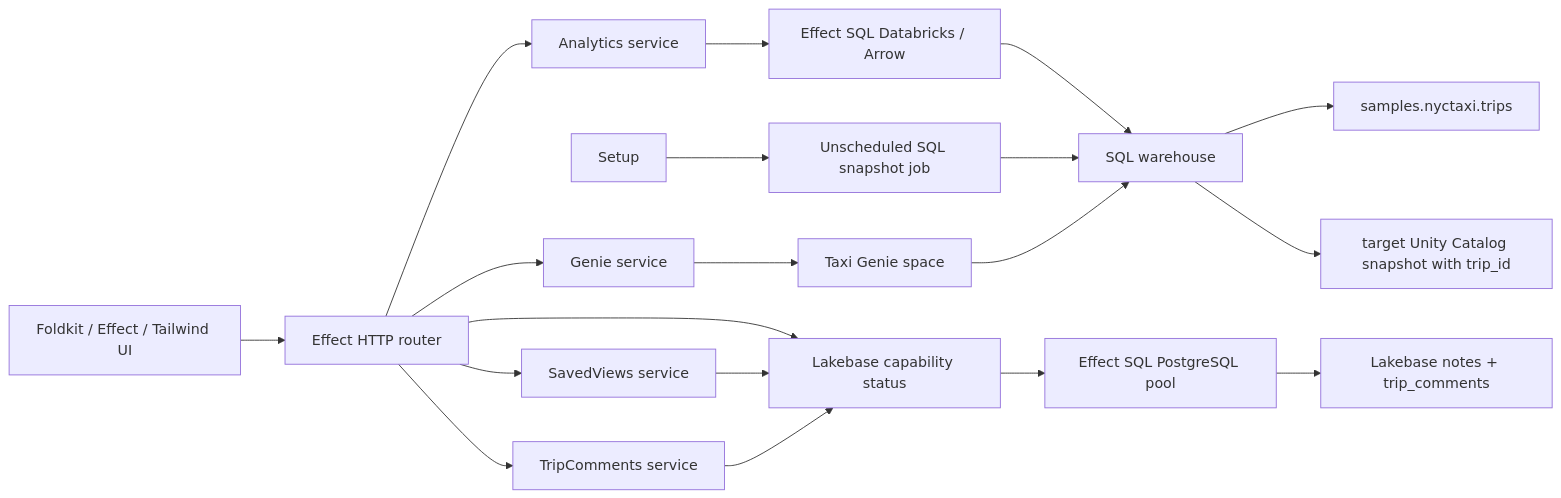
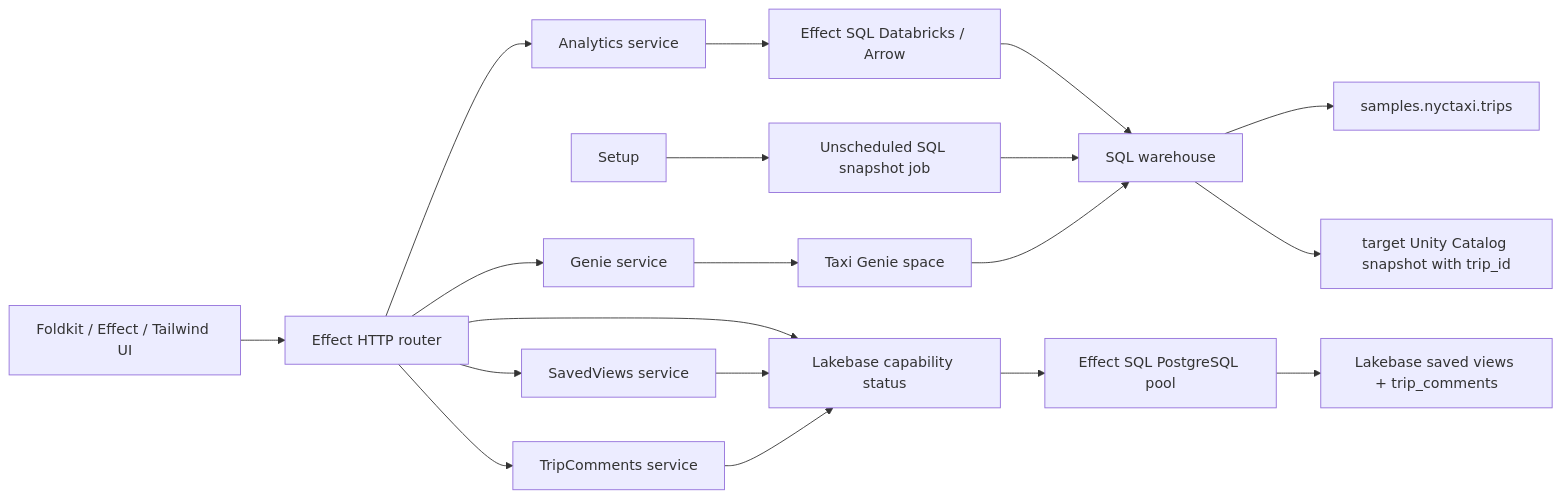
One commit to dsiem/effect-databricks-app changed the diagram in docs/data-access.md. Above: the diagram before and after it, drawn with Mermaid. The commit also changed other lines of this file and 46 other files, not shown here.

````diff
--- a/docs/data-access.md
+++ b/docs/data-access.md
@@ -3,21 +3,21 @@
 ```mermaid
 flowchart LR
   UI[Foldkit / Effect / Tailwind UI] --> API[Effect HTTP router]
   API --> Analytics[Analytics service]
   Analytics --> Arrow[Effect SQL Databricks / Arrow]
   Arrow --> Warehouse[SQL warehouse]
   Warehouse --> Source[samples.nyctaxi.trips]
   Setup --> Seed[Unscheduled SQL snapshot job]
   Seed --> Warehouse
   Warehouse --> Snapshot[target Unity Catalog snapshot with trip_id]
   API --> Genie[Genie service]
   Genie --> Space[Taxi Genie space]
   Space --> Warehouse
   API --> SavedViews[SavedViews service]
   API --> Comments[TripComments service]
   API --> Database[Lakebase capability status]
   SavedViews --> Database
   Comments --> Database
   Database --> Pool[Effect SQL PostgreSQL pool]
-  Pool --> Storage[Lakebase notes + trip_comments]
+  Pool --> Storage[Lakebase saved views + trip_comments]
 ```
````
